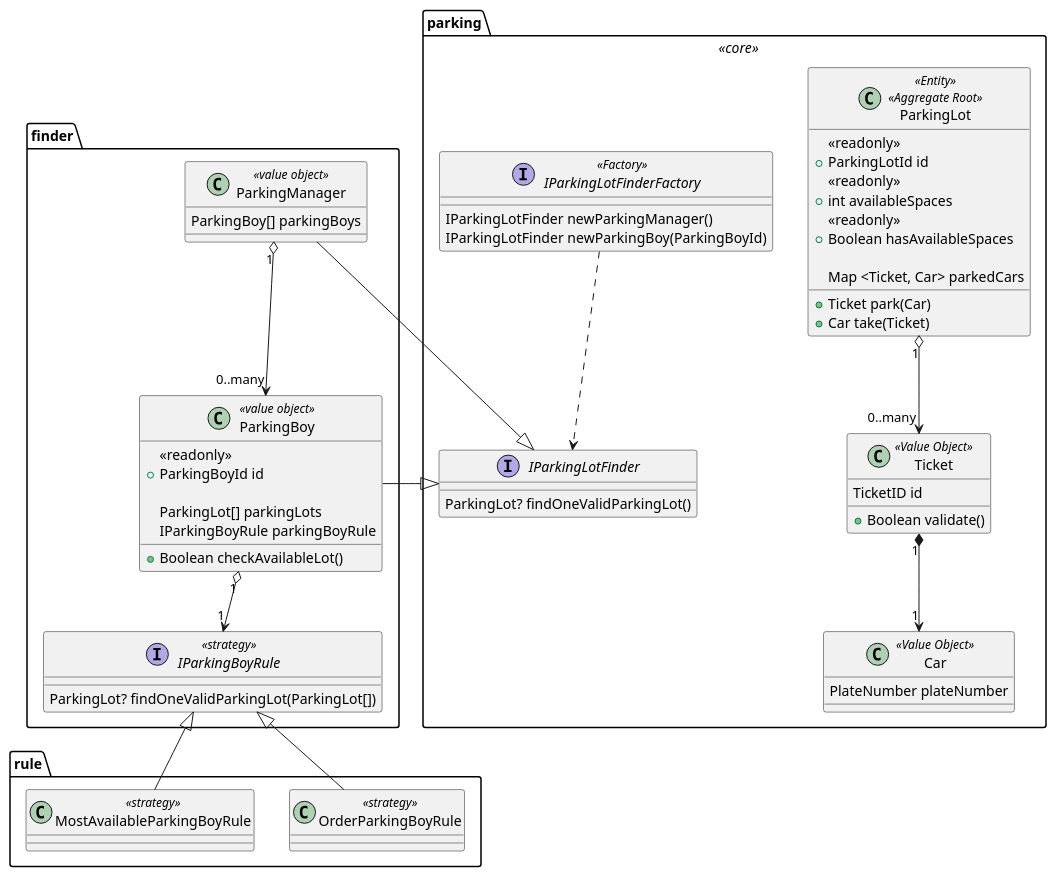
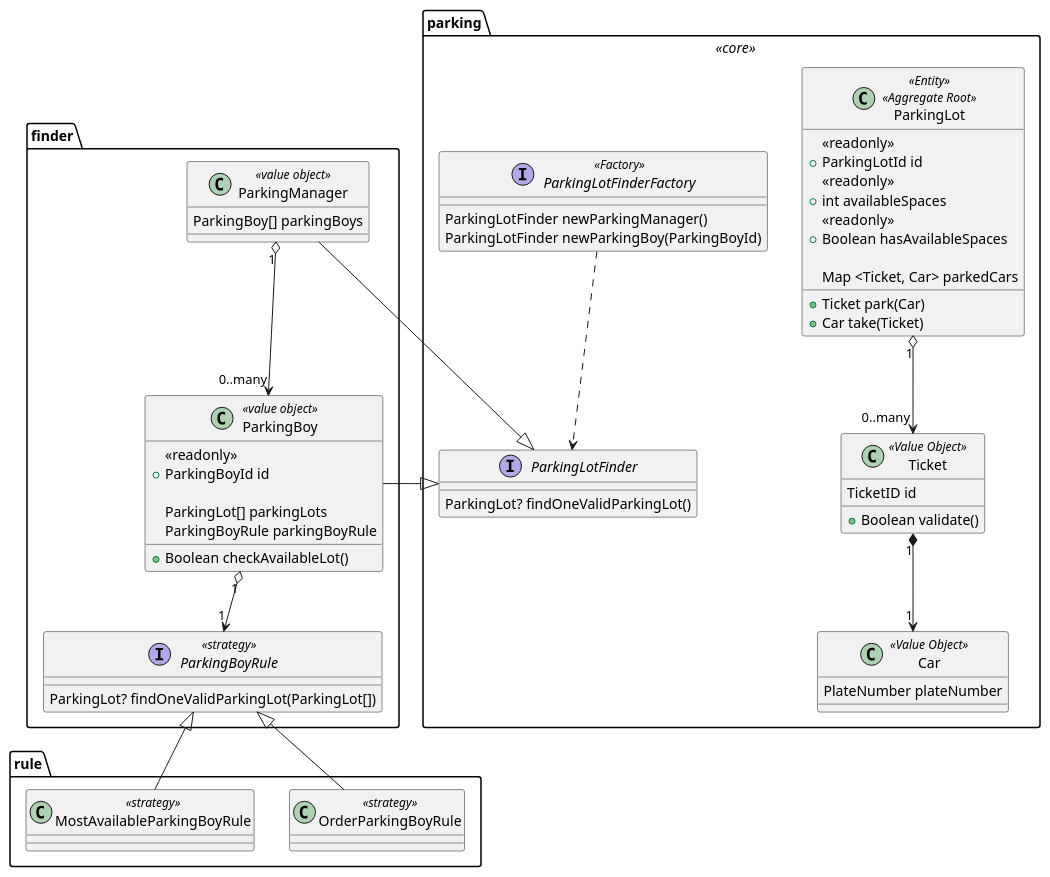
Before and after one commit to scglwsj/ddd-learning: the first of 2 diagrams in design/class.puml, drawn with PlantUML. The commit also changed other lines of this file and 35 other files, not shown here.

```diff
--- a/design/class.puml
+++ b/design/class.puml
@@ -1,72 +1,72 @@
 @startuml parking context
 package parking << core >> {
   class ParkingLot << Entity >> << Aggregate Root >> {
     << readonly >>
     + ParkingLotId id
     << readonly >>
     + int availableSpaces
     << readonly >>
     + Boolean hasAvailableSpaces
 
     Map <Ticket, Car> parkedCars
 
     + Ticket park(Car)
     + Car take(Ticket)
   }
 
   class Car << Value Object >> {
       PlateNumber plateNumber
   }
 
   class Ticket << Value Object >> {
     TicketID id
     + Boolean validate()
   }
 
-  interface IParkingLotFinder {
+  interface ParkingLotFinder {
     ParkingLot? findOneValidParkingLot()
   }
 
-  interface IParkingLotFinderFactory << Factory >> {
-    IParkingLotFinder newParkingManager()
-    IParkingLotFinder newParkingBoy(ParkingBoyId)
+  interface ParkingLotFinderFactory << Factory >> {
+    ParkingLotFinder newParkingManager()
+    ParkingLotFinder newParkingBoy(ParkingBoyId)
   }
 
   Ticket "1" *--> "1" Car
   ParkingLot "1" o--> "0..many" Ticket
-  IParkingLotFinderFactory ..> IParkingLotFinder
+  ParkingLotFinderFactory ..> ParkingLotFinder
 }
 
 package finder {
-  interface IParkingBoyRule << strategy >> {
+  interface ParkingBoyRule << strategy >> {
     ParkingLot? findOneValidParkingLot(ParkingLot[])
   }
 
   class ParkingBoy << value object >> {
     << readonly >>
     + ParkingBoyId id
 
     ParkingLot[] parkingLots
-    IParkingBoyRule parkingBoyRule
+    ParkingBoyRule parkingBoyRule
 
     + Boolean checkAvailableLot()
   }
 
   class ParkingManager << value object >> {
     ParkingBoy[] parkingBoys
   }
 
-  ParkingBoy "1" o--> "1" IParkingBoyRule
+  ParkingBoy "1" o--> "1" ParkingBoyRule
   ParkingManager "1" o--> "0..many" ParkingBoy
-  ParkingManager -|> IParkingLotFinder
-  ParkingBoy -|> IParkingLotFinder
+  ParkingManager -|> ParkingLotFinder
+  ParkingBoy -|> ParkingLotFinder
 }
 
 package rule {
   class OrderParkingBoyRule << strategy >>
   class MostAvailableParkingBoyRule << strategy >>
 
-  OrderParkingBoyRule --|> IParkingBoyRule
-  MostAvailableParkingBoyRule -up-|> IParkingBoyRule
+  OrderParkingBoyRule --|> ParkingBoyRule
+  MostAvailableParkingBoyRule -up-|> ParkingBoyRule
 }
 @enduml
```
